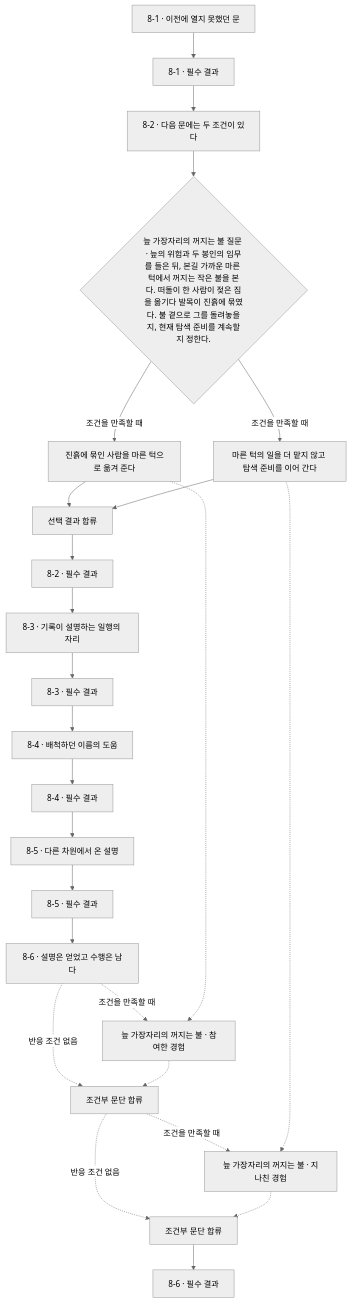
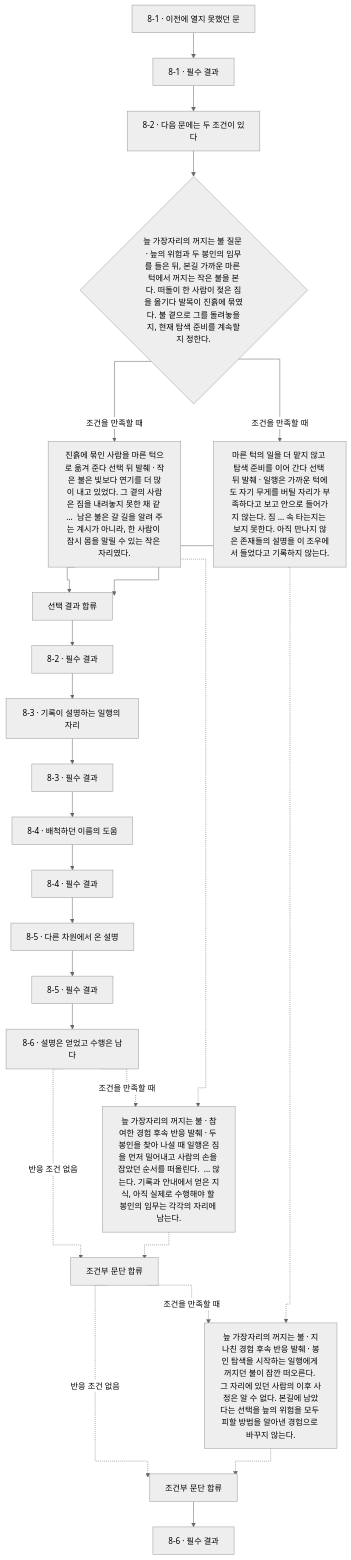
One commit to obmaz/lore changed the tenth of 17 diagrams in novel/writing/side-stories/generated/flow.md. Above: the diagram before and after it, drawn with Mermaid (neutral theme). The commit also changed other lines of this file and 20 other files, not shown here.

Commit message:
Show branch outcomes and route graph memory links orthogonally

````diff
--- a/novel/writing/side-stories/generated/flow.md
+++ b/novel/writing/side-stories/generated/flow.md
@@ -806,47 +815,48 @@
 ```mermaid
+%%{init: {"flowchart": {"curve": "stepAfter"}}}%%
 flowchart TB
   n841e882caebcf7b6["8-1 · 이전에 열지 못했던 문"]
   n2c4ae56c2a0cf5d0["8-1 · 필수 결과"]
   na7b91ddaa69874dc["8-2 · 다음 문에는 두 조건이 있다"]
   n1d3aec839c2453fd{"늪 가장자리의 꺼지는 불 질문 · 늪의 위험과 두 봉인의 임무를 들은 뒤, 본길 가까운 마른 턱에서 꺼지는 작은 불을 본다. 떠돌이 한 사람이 젖은 짐을 옮기다 발목이 진흙에 묶였다. 불 곁으로 그를 돌려놓을지, 현재 탐색 준비를 계속할지 정한다."}
   nf9337ac50b2d5980["선택 결과 합류"]
-  n591393111bfaa9fc["진흙에 묶인 사람을 마른 턱으로 옮겨 준다"]
-  n681eb3198a312ea8["마른 턱의 일을 더 맡지 않고 탐색 준비를 이어 간다"]
+  n591393111bfaa9fc["진흙에 묶인 사람을 마른 턱으로 옮겨 준다 선택 뒤 발췌 · 작은 불은 빛보다 연기를 더 많이 내고 있었다. 그 곁의 사람은 짐을 내려놓지 못한 채 같 …  남은 불은 갈 길을 알려 주는 계시가 아니라, 한 사람이 잠시 몸을 말릴 수 있는 작은 자리였다."]
+  n681eb3198a312ea8["마른 턱의 일을 더 맡지 않고 탐색 준비를 이어 간다 선택 뒤 발췌 · 일행은 가까운 턱에도 자기 무게를 버틸 자리가 부족하다고 보고 안으로 들어가지 않는다. 짐 … 속 타는지는 보지 못한다. 아직 만나지 않은 존재들의 설명을 이 조우에서 들었다고 기록하지 않는다."]
   ne98764d34f39d22f["8-2 · 필수 결과"]
   nac58c2ec071f880a["8-3 · 기록이 설명하는 일행의 자리"]
   n9feae7c6f8bd78ca["8-3 · 필수 결과"]
   nf1e425e8b1db96b0["8-4 · 배척하던 이름의 도움"]
   n843485802bb573cd["8-4 · 필수 결과"]
   n94ad6ff65dd10291["8-5 · 다른 차원에서 온 설명"]
   ne34729ff7e6c213f["8-5 · 필수 결과"]
   nfd259deb95fd7a02["8-6 · 설명은 얻었고 수행은 남다"]
-  n2722bec65e53dfe6["늪 가장자리의 꺼지는 불 · 참여한 경험"]
+  n2722bec65e53dfe6["늪 가장자리의 꺼지는 불 · 참여한 경험 후속 반응 발췌 · 두 봉인을 찾아 나설 때 일행은 짐을 먼저 밀어내고 사람의 손을 잡았던 순서를 떠올린다.  … 않는다. 기록과 안내에서 얻은 지식, 아직 실제로 수행해야 할 봉인의 임무는 각각의 자리에 남는다."]
   n0a26dc22321a35bb["조건부 문단 합류"]
-  n721953555c3125e3["늪 가장자리의 꺼지는 불 · 지나친 경험"]
+  n721953555c3125e3["늪 가장자리의 꺼지는 불 · 지나친 경험 후속 반응 발췌 · 봉인 탐색을 시작하는 일행에게 꺼지던 불이 잠깐 떠오른다. 그 자리에 있던 사람의 이후 사정은 알 수 없다. 본길에 남았다는 선택을 늪의 위험을 모두 피할 방법을 알아낸 경험으로 바꾸지 않는다."]
   n178c10b05bb60b49["조건부 문단 합류"]
   n1118fdf5fb9136b4["8-6 · 필수 결과"]
   n841e882caebcf7b6 --> n2c4ae56c2a0cf5d0
   na7b91ddaa69874dc --> n1d3aec839c2453fd
   n1d3aec839c2453fd -->|조건을 만족할 때| n591393111bfaa9fc
   n591393111bfaa9fc --> nf9337ac50b2d5980
   n1d3aec839c2453fd -->|조건을 만족할 때| n681eb3198a312ea8
   n681eb3198a312ea8 --> nf9337ac50b2d5980
   nf9337ac50b2d5980 --> ne98764d34f39d22f
   n2c4ae56c2a0cf5d0 --> na7b91ddaa69874dc
   nac58c2ec071f880a --> n9feae7c6f8bd78ca
   ne98764d34f39d22f --> nac58c2ec071f880a
   nf1e425e8b1db96b0 --> n843485802bb573cd
   n9feae7c6f8bd78ca --> nf1e425e8b1db96b0
   n94ad6ff65dd10291 --> ne34729ff7e6c213f
   n843485802bb573cd --> n94ad6ff65dd10291
   nfd259deb95fd7a02 -.->|조건을 만족할 때| n2722bec65e53dfe6
   nfd259deb95fd7a02 -.->|반응 조건 없음| n0a26dc22321a35bb
   n2722bec65e53dfe6 -.-> n0a26dc22321a35bb
   n0a26dc22321a35bb -.->|조건을 만족할 때| n721953555c3125e3
   n0a26dc22321a35bb -.->|반응 조건 없음| n178c10b05bb60b49
   n721953555c3125e3 -.-> n178c10b05bb60b49
   n178c10b05bb60b49 --> n1118fdf5fb9136b4
   ne34729ff7e6c213f --> nfd259deb95fd7a02
   n591393111bfaa9fc -.-> n2722bec65e53dfe6
   n681eb3198a312ea8 -.-> n721953555c3125e3
 ```
````
